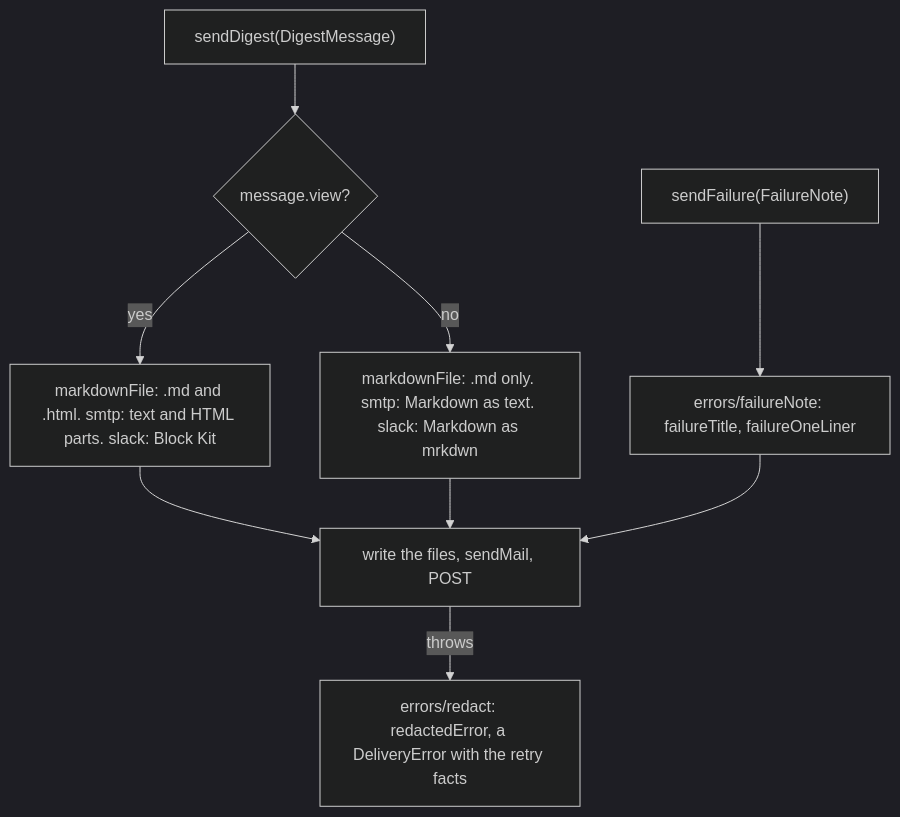
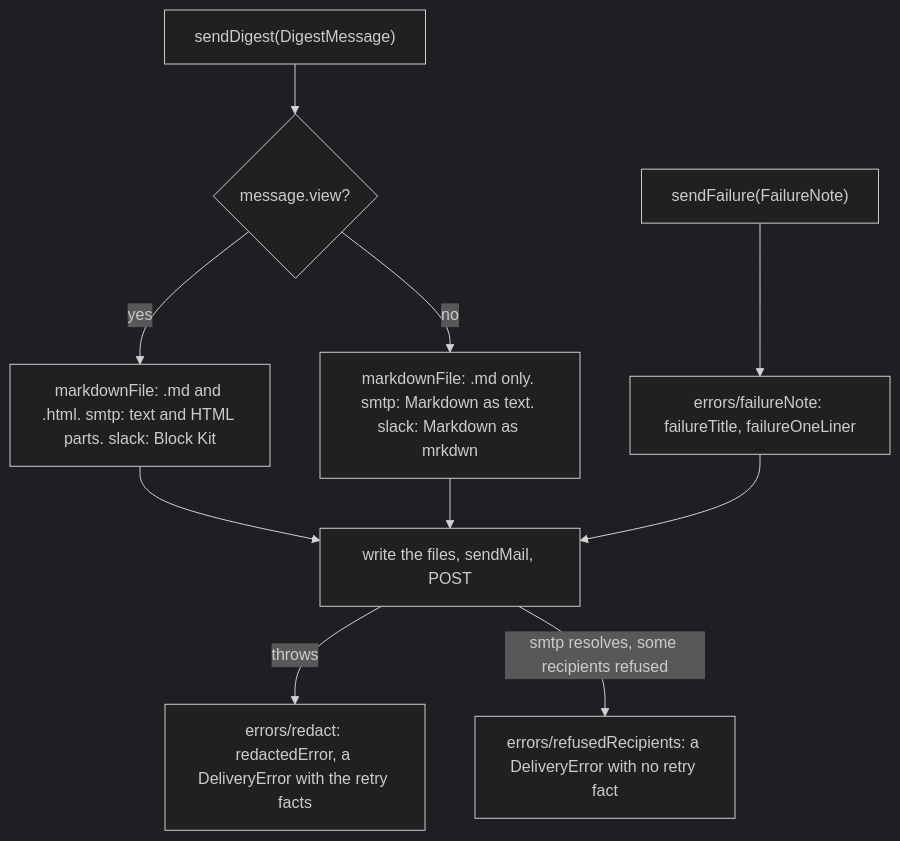
One commit to odere-pro/weekly-engineering-digest-agent changed the diagram in src/delivery/adapters/CLAUDE.md. Above: the diagram before and after it, drawn with Mermaid (dark theme). The commit also changed other lines of this file and 72 other files, not shown here.

````diff
--- a/src/delivery/adapters/CLAUDE.md
+++ b/src/delivery/adapters/CLAUDE.md
@@ -10,11 +10,12 @@
 ```mermaid
 flowchart TD
   digest["sendDigest(DigestMessage)"] --> view{"message.view?"}
   view -->|yes| rich["markdownFile: .md and .html. smtp: text and HTML parts. slack: Block Kit"]
   view -->|no| plain["markdownFile: .md only. smtp: Markdown as text. slack: Markdown as mrkdwn"]
   failure["sendFailure(FailureNote)"] --> note["errors/failureNote: failureTitle, failureOneLiner"]
   rich --> send["write the files, sendMail, POST"]
   plain --> send
   note --> send
   send -->|"throws"| err["errors/redact: redactedError, a DeliveryError with the retry facts"]
+  send -->|"smtp resolves, some recipients refused"| partial["errors/refusedRecipients: a DeliveryError with no retry fact"]
 ```
````
